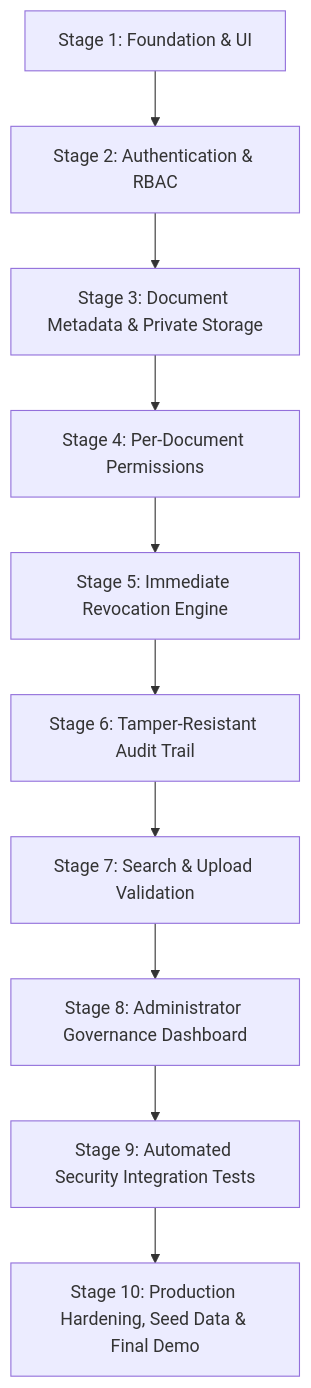
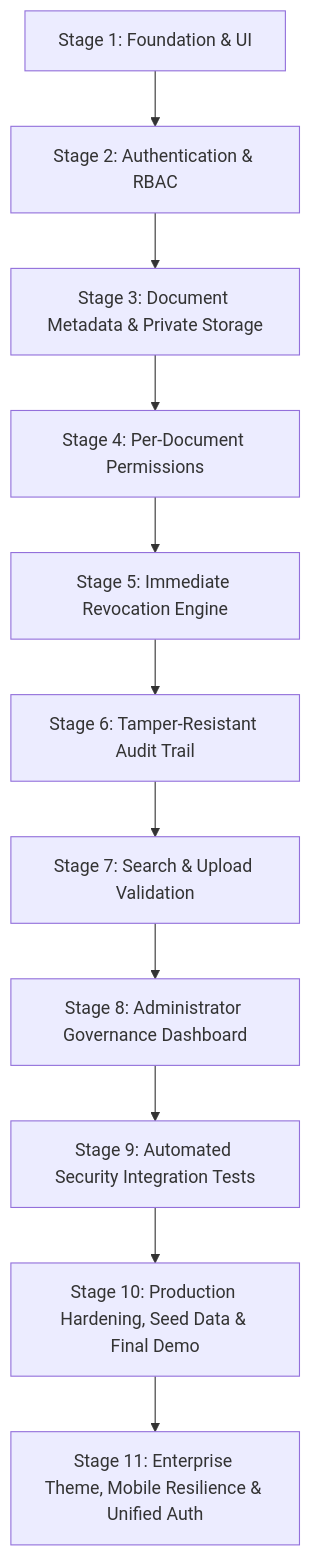
The diagram in docs/DEVELOPMENT_PLAN.md (Abhi-4363/TrustVault), drawn with Mermaid before and after one commit. The commit also changed other lines of this file and 7 other files, not shown here.

````diff
--- a/docs/DEVELOPMENT_PLAN.md
+++ b/docs/DEVELOPMENT_PLAN.md
@@ -10,12 +10,13 @@
 ```mermaid
 graph TD
     S1[Stage 1: Foundation & UI] --> S2[Stage 2: Authentication & RBAC]
     S2 --> S3[Stage 3: Document Metadata & Private Storage]
     S3 --> S4[Stage 4: Per-Document Permissions]
     S4 --> S5[Stage 5: Immediate Revocation Engine]
     S5 --> S6[Stage 6: Tamper-Resistant Audit Trail]
     S6 --> S7[Stage 7: Search & Upload Validation]
     S7 --> S8[Stage 8: Administrator Governance Dashboard]
     S8 --> S9[Stage 9: Automated Security Integration Tests]
     S9 --> S10[Stage 10: Production Hardening, Seed Data & Final Demo]
+    S10 --> S11[Stage 11: Enterprise Theme, Mobile Resilience & Unified Auth]
 ```
````
